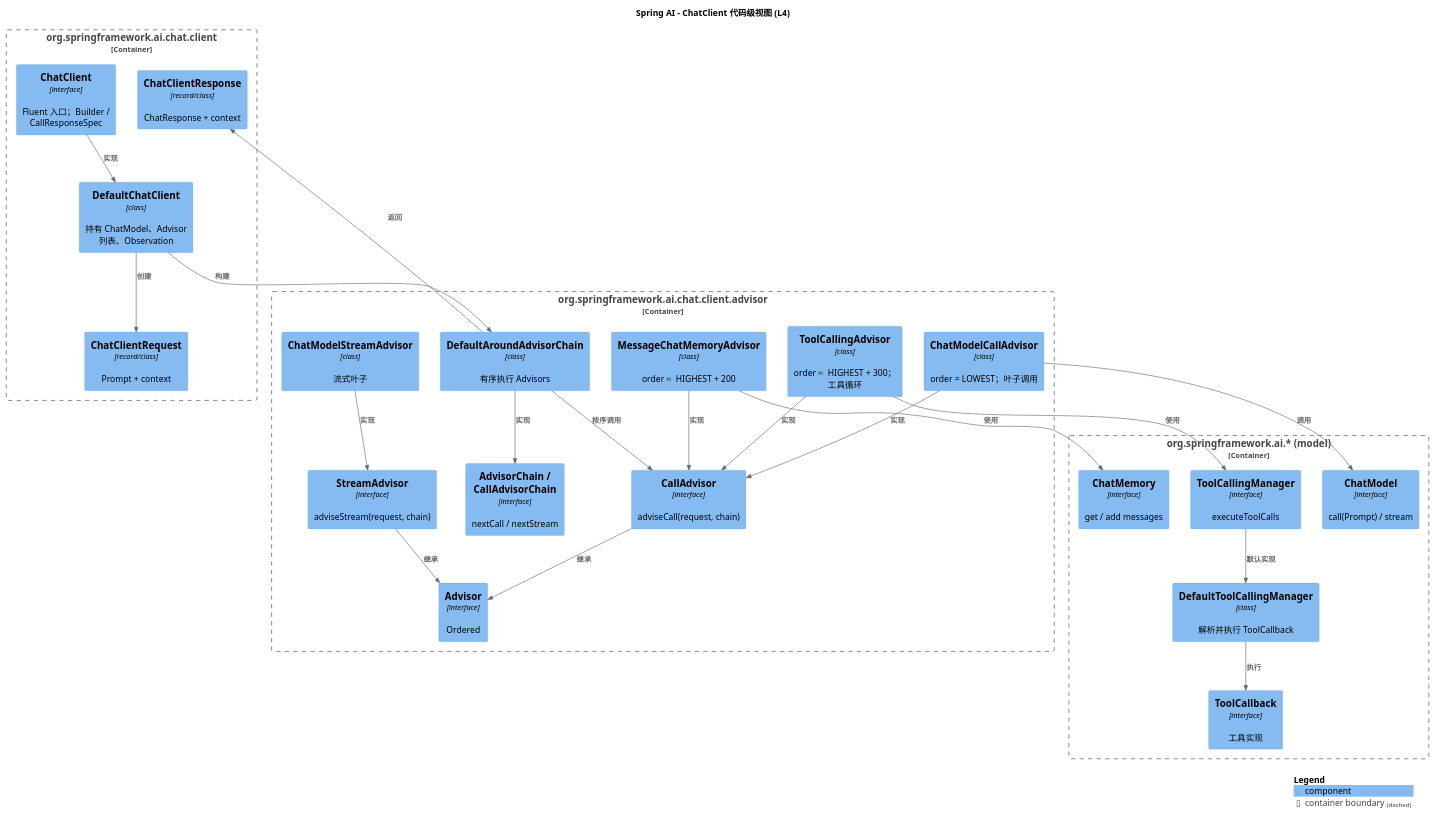
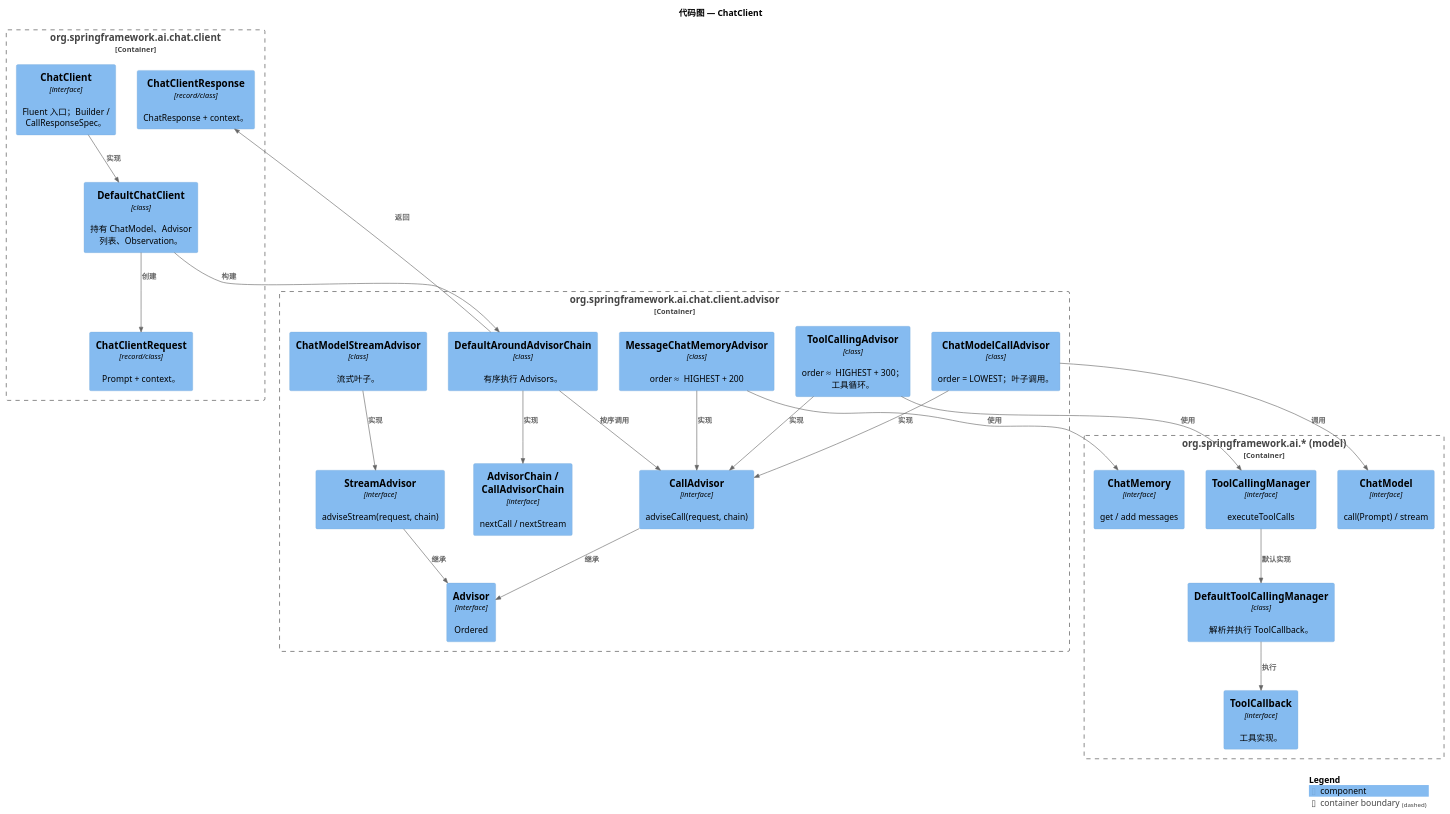
Before and after one commit to felixzhu97/community-docs: the diagram in spring-ai/docs/c4-model/C4-Code-ChatClient.puml, drawn with PlantUML. The commit also changed 30 other files, not shown here.

First line of the commit message:
docs: use Chinese prose in C4 diagrams (#5)

```diff
--- a/spring-ai/docs/c4-model/C4-Code-ChatClient.puml
+++ b/spring-ai/docs/c4-model/C4-Code-ChatClient.puml
@@ -1,52 +1,52 @@
 @startuml Spring_AI_Code_ChatClient
 !include https://raw.githubusercontent.com/plantuml-stdlib/C4-PlantUML/master/C4_Component.puml
 
-title Spring AI - ChatClient 代码级视图 (L4)
+title 代码图 — ChatClient
 
 Container_Boundary(clientPkg, "org.springframework.ai.chat.client") {
-    Component(chatClient, "ChatClient", "interface", "Fluent 入口；Builder / CallResponseSpec")
-    Component(defaultClient, "DefaultChatClient", "class", "持有 ChatModel、Advisor 列表、Observation")
-    Component(request, "ChatClientRequest", "record/class", "Prompt + context")
-    Component(response, "ChatClientResponse", "record/class", "ChatResponse + context")
+    Component(chatClient, "ChatClient", "interface", "Fluent 入口；Builder / CallResponseSpec。")
+    Component(defaultClient, "DefaultChatClient", "class", "持有 ChatModel、Advisor 列表、Observation。")
+    Component(request, "ChatClientRequest", "record/class", "Prompt + context。")
+    Component(response, "ChatClientResponse", "record/class", "ChatResponse + context。")
 }
 
 Container_Boundary(advisorPkg, "org.springframework.ai.chat.client.advisor") {
     Component(advisor, "Advisor", "interface", "Ordered")
     Component(callAdvisor, "CallAdvisor", "interface", "adviseCall(request, chain)")
     Component(streamAdvisor, "StreamAdvisor", "interface", "adviseStream(request, chain)")
     Component(chain, "AdvisorChain / CallAdvisorChain", "interface", "nextCall / nextStream")
-    Component(aroundChain, "DefaultAroundAdvisorChain", "class", "有序执行 Advisors")
+    Component(aroundChain, "DefaultAroundAdvisorChain", "class", "有序执行 Advisors。")
     Component(memoryAdv, "MessageChatMemoryAdvisor", "class", "order ≈ HIGHEST + 200")
-    Component(toolAdv, "ToolCallingAdvisor", "class", "order ≈ HIGHEST + 300；工具循环")
-    Component(callAdv, "ChatModelCallAdvisor", "class", "order = LOWEST；叶子调用")
-    Component(streamAdv, "ChatModelStreamAdvisor", "class", "流式叶子")
+    Component(toolAdv, "ToolCallingAdvisor", "class", "order ≈ HIGHEST + 300；工具循环。")
+    Component(callAdv, "ChatModelCallAdvisor", "class", "order = LOWEST；叶子调用。")
+    Component(streamAdv, "ChatModelStreamAdvisor", "class", "流式叶子。")
 }
 
 Container_Boundary(modelPkg, "org.springframework.ai.* (model)") {
     Component(chatModel, "ChatModel", "interface", "call(Prompt) / stream")
     Component(toolMgr, "ToolCallingManager", "interface", "executeToolCalls")
-    Component(defaultToolMgr, "DefaultToolCallingManager", "class", "解析并执行 ToolCallback")
-    Component(toolCb, "ToolCallback", "interface", "工具实现")
+    Component(defaultToolMgr, "DefaultToolCallingManager", "class", "解析并执行 ToolCallback。")
+    Component(toolCb, "ToolCallback", "interface", "工具实现。")
     Component(chatMemory, "ChatMemory", "interface", "get / add messages")
 }
 
 Rel(chatClient, defaultClient, "实现")
 Rel(defaultClient, aroundChain, "构建")
 Rel(defaultClient, request, "创建")
 Rel(aroundChain, chain, "实现")
 Rel(aroundChain, callAdvisor, "按序调用")
 Rel(callAdvisor, advisor, "继承")
 Rel(streamAdvisor, advisor, "继承")
 Rel(memoryAdv, callAdvisor, "实现")
 Rel(toolAdv, callAdvisor, "实现")
 Rel(callAdv, callAdvisor, "实现")
 Rel(streamAdv, streamAdvisor, "实现")
 Rel(memoryAdv, chatMemory, "使用")
 Rel(toolAdv, toolMgr, "使用")
 Rel(toolMgr, defaultToolMgr, "默认实现")
 Rel(defaultToolMgr, toolCb, "执行")
 Rel(callAdv, chatModel, "调用")
 Rel(aroundChain, response, "返回")
 
 SHOW_LEGEND()
 @enduml
```
